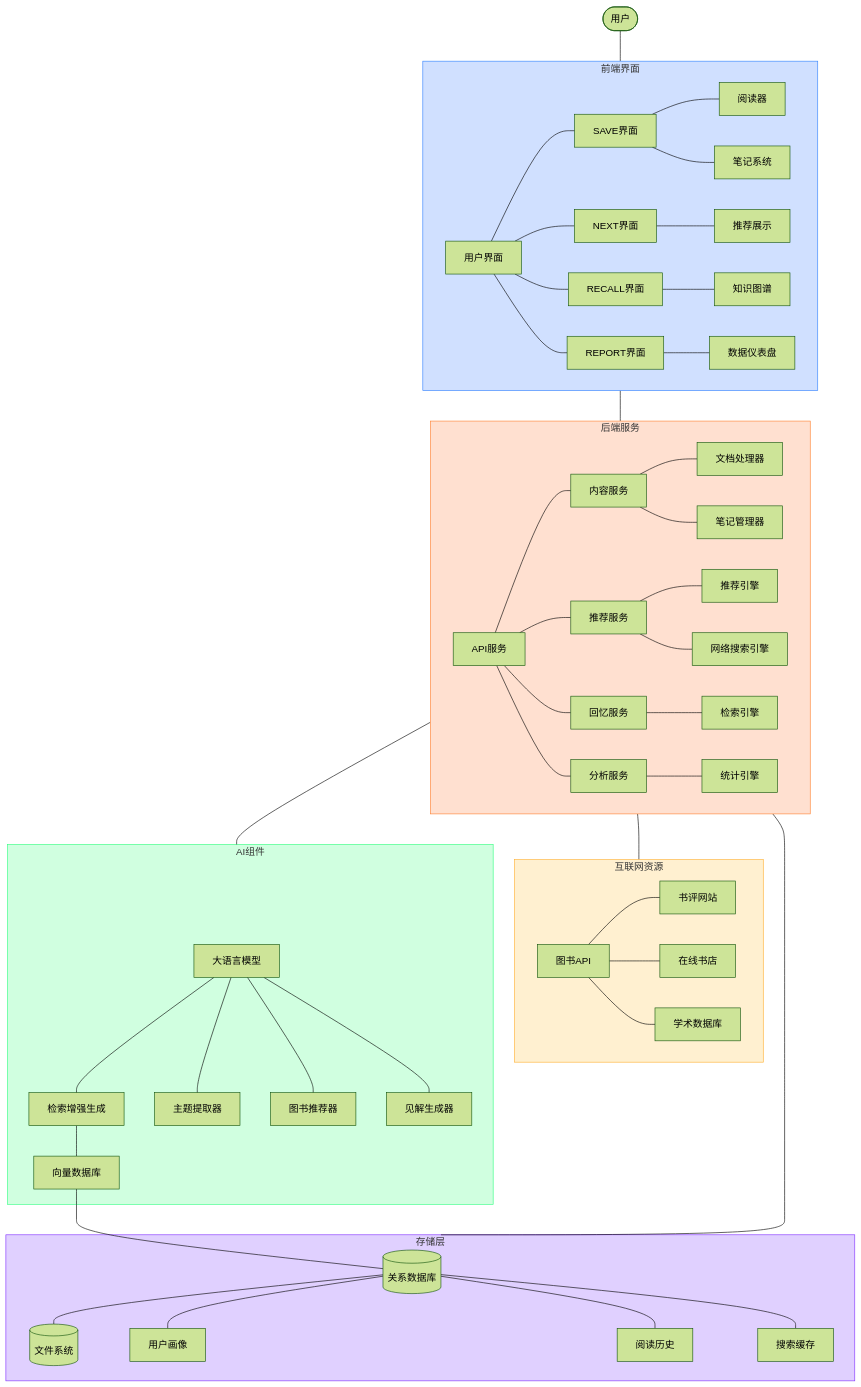
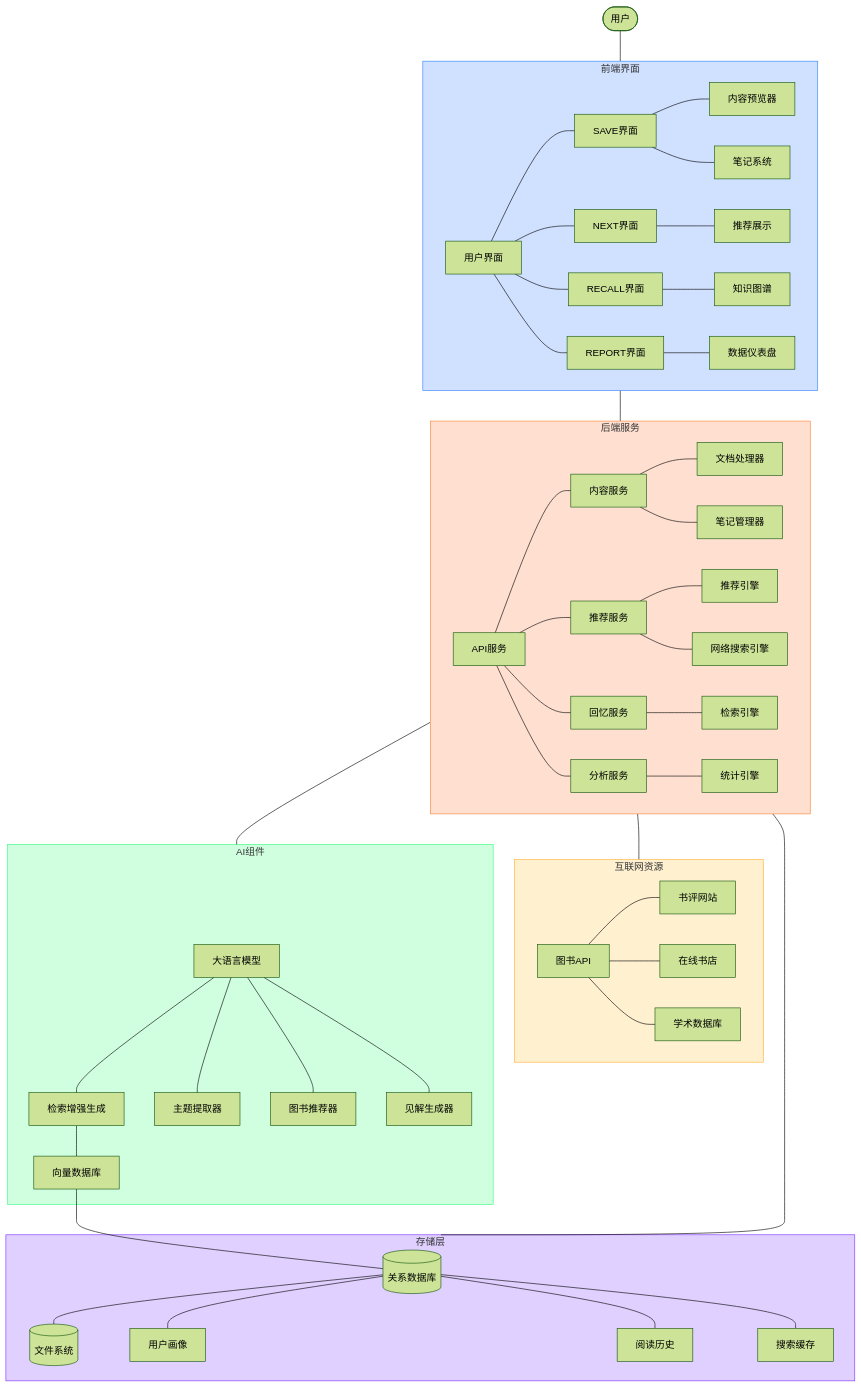
One commit to EnigmaWU/MyLLM_Arena changed the first of 19 diagrams in MyStartups/NextBook/README.md. Above: the diagram before and after it, drawn with Mermaid (forest theme). The commit also changed other lines of this file, not shown here.

````diff
--- a/MyStartups/NextBook/README.md
+++ b/MyStartups/NextBook/README.md
@@ -136,64 +137,64 @@
 ```mermaid
 flowchart TD
     User([用户]) --- Frontend
     
     subgraph Frontend["前端界面"]
         UI[用户界面] --- SaveUI[SAVE界面]
         UI --- NextUI[NEXT界面]
         UI --- RecallUI[RECALL界面]
         UI --- ReportUI[REPORT界面]
         
-        SaveUI --- Reader[阅读器]
+        SaveUI --- ContentViewer[内容预览器]
         SaveUI --- Notes[笔记系统]
         NextUI --- Recommend[推荐展示]
         RecallUI --- KnowledgeMap[知识图谱]
         ReportUI --- Dashboard[数据仪表盘]
     end
     
     subgraph Backend["后端服务"]
         API[API服务] --- ContentService[内容服务]
         API --- RecommendService[推荐服务]
         API --- RecallService[回忆服务]
         API --- AnalyticsService[分析服务]
         
         ContentService --- DocumentProcessor[文档处理器]
         ContentService --- NoteManager[笔记管理器]
         RecommendService --- RecommendEngine[推荐引擎]
         RecommendService --- WebSearchEngine[网络搜索引擎]
         RecallService --- SearchEngine[检索引擎]
         AnalyticsService --- StatisticsEngine[统计引擎]
     end
     
     subgraph Internet["互联网资源"]
         BookAPI[图书API] --- ReviewSites[书评网站]
         BookAPI --- BookStores[在线书店]
         BookAPI --- AcademicDB[学术数据库]
     end
     
     subgraph AI["AI组件"]
         LLM[大语言模型] --- RAG[检索增强生成]
         RAG --- VectorDB[向量数据库]
         LLM --- TopicExtractor[主题提取器]
         LLM --- BookRecommender[图书推荐器]
         LLM --- InsightGenerator[见解生成器]
     end
     
     subgraph Storage["存储层"]
         DB[(关系数据库)] --- FileSystem[(文件系统)]
         VectorDB --- DB
         DB --- UserProfile[用户画像]
         DB --- ReadingHistory[阅读历史]
         DB --- SearchCache[搜索缓存]
     end
     
     Frontend --- Backend
     Backend --- AI
     Backend --- Storage
     Backend --- Internet
     
     style Frontend fill:#d0e0ff,stroke:#3080ff
     style Backend fill:#ffe0d0,stroke:#ff8030
     style AI fill:#d0ffe0,stroke:#30ff80
     style Storage fill:#e0d0ff,stroke:#8030ff
     style Internet fill:#fff0d0,stroke:#ffb030
 ```
````
